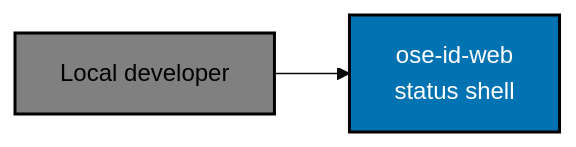
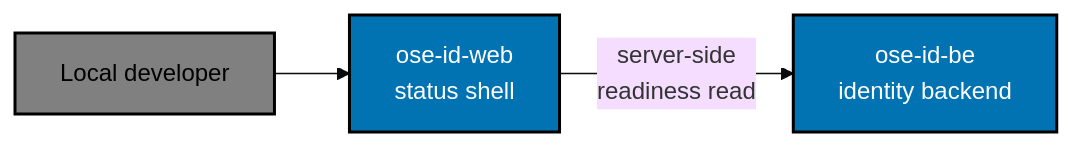
Before and after one commit to wahidyankf/ose-public: the first of 2 diagrams in specs/apps/ose/id-web/architecture.md, drawn with Mermaid (base theme). The commit also changed other lines of this file and 65 other files, not shown here.

First line of the commit message:
fix(ose-id): close plan-01 foundation gaps found in recheck

````diff
--- a/specs/apps/ose/id-web/architecture.md
+++ b/specs/apps/ose/id-web/architecture.md
@@ -24,11 +24,12 @@
 ```mermaid
 flowchart LR
   accTitle: OSE ID web system context
-  accDescr: A local developer opens the ose-id-web status shell in a browser. In this foundation slice the shell reports only its own liveness; it does not yet connect to ose-id-be.
+  accDescr: A local developer opens the ose-id-web status shell in a browser. The shell reads readiness from ose-id-be on the server side; the browser never contacts the backend.
   DEV["Local developer"] --> WEB["ose-id-web<br/>status shell"]
+  WEB -->|"server-side<br/>readiness read"| BE["ose-id-be<br/>identity backend"]
 
   classDef actor fill:#808080,stroke:#000000,color:#000000,stroke-width:2px
   classDef app fill:#0173B2,stroke:#000000,color:#FFFFFF,stroke-width:2px
   class DEV actor
-  class WEB app
+  class WEB,BE app
 ```
````
